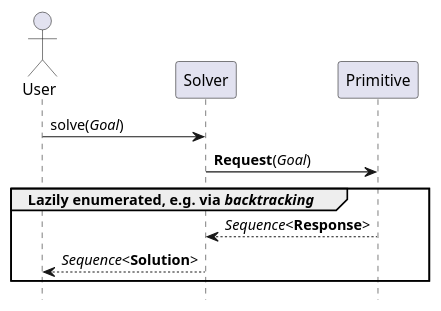
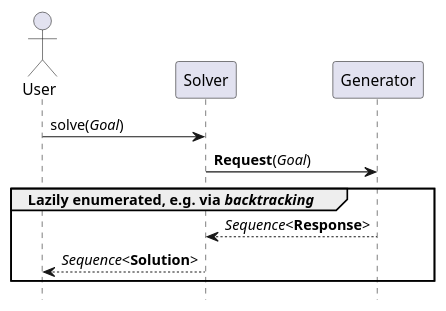
Before and after one commit to pikalab-unibo/ise-lab-perception-actuation: the diagram in figures/primitive-usage.pu, drawn with PlantUML. The commit also changed 9 other files, not shown here.

```diff
--- a/figures/primitive-usage.pu
+++ b/figures/primitive-usage.pu
@@ -1,17 +1,17 @@
 @startuml
 hide footbox
 
 actor User
 
 User -> Solver: solve(//Goal//)
 
-Solver -> Primitive: **Request**(//Goal//)
+Solver -> Generator: **Request**(//Goal//)
 
 group Lazily enumerated, e.g. via //backtracking//
 
-Solver <-- Primitive: //Sequence//<**Response**>
+Solver <-- Generator: //Sequence//<**Response**>
 
 User <-- Solver: //Sequence//<**Solution**>
 
 end
 @enduml
```
